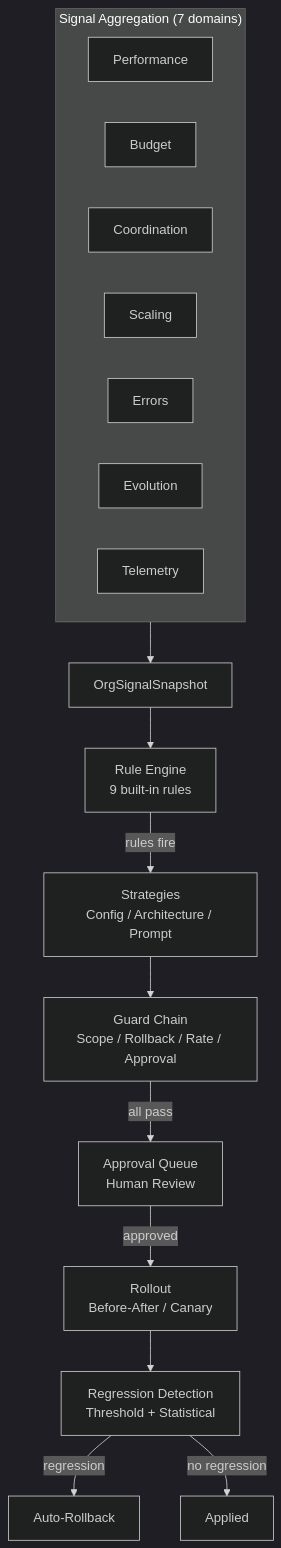
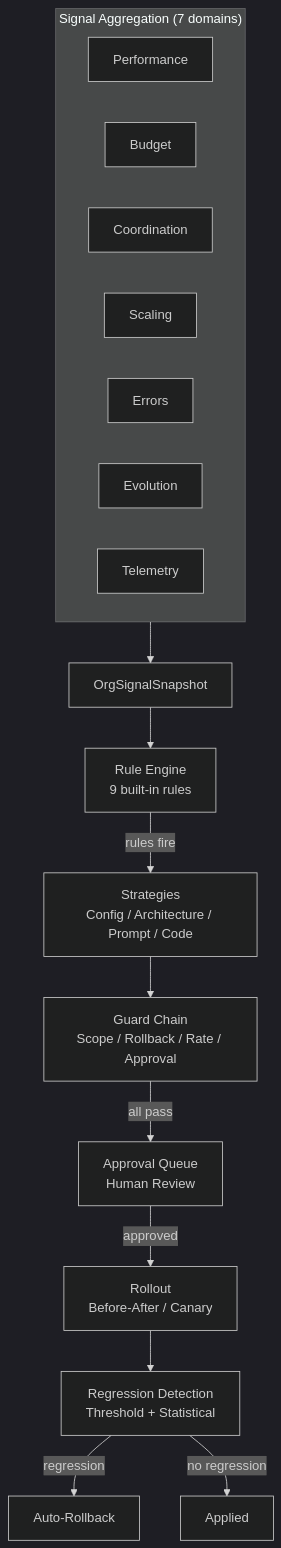
One commit to ricotemmink/farm changed the diagram in docs/design/self-improvement.md. Above: the diagram before and after it, drawn with Mermaid (dark theme). The commit also changed other lines of this file and 24 other files, not shown here.

````diff
--- a/docs/design/self-improvement.md
+++ b/docs/design/self-improvement.md
@@ -9,22 +9,22 @@
 ```mermaid
 flowchart TD
     subgraph signals["Signal Aggregation (7 domains)"]
         P[Performance]
         B[Budget]
         C[Coordination]
         S[Scaling]
         E[Errors]
         V[Evolution]
         T[Telemetry]
     end
 
     signals --> SNAP[OrgSignalSnapshot]
     SNAP --> RE[Rule Engine<br/>9 built-in rules]
-    RE -->|rules fire| STRAT[Strategies<br/>Config / Architecture / Prompt]
+    RE -->|rules fire| STRAT[Strategies<br/>Config / Architecture / Prompt / Code]
     STRAT --> GUARD[Guard Chain<br/>Scope / Rollback / Rate / Approval]
     GUARD -->|all pass| QUEUE[Approval Queue<br/>Human Review]
     QUEUE -->|approved| ROLLOUT[Rollout<br/>Before-After / Canary]
     ROLLOUT --> REGRESS[Regression Detection<br/>Threshold + Statistical]
     REGRESS -->|regression| ROLLBACK[Auto-Rollback]
     REGRESS -->|no regression| APPLIED[Applied]
 ```
````
